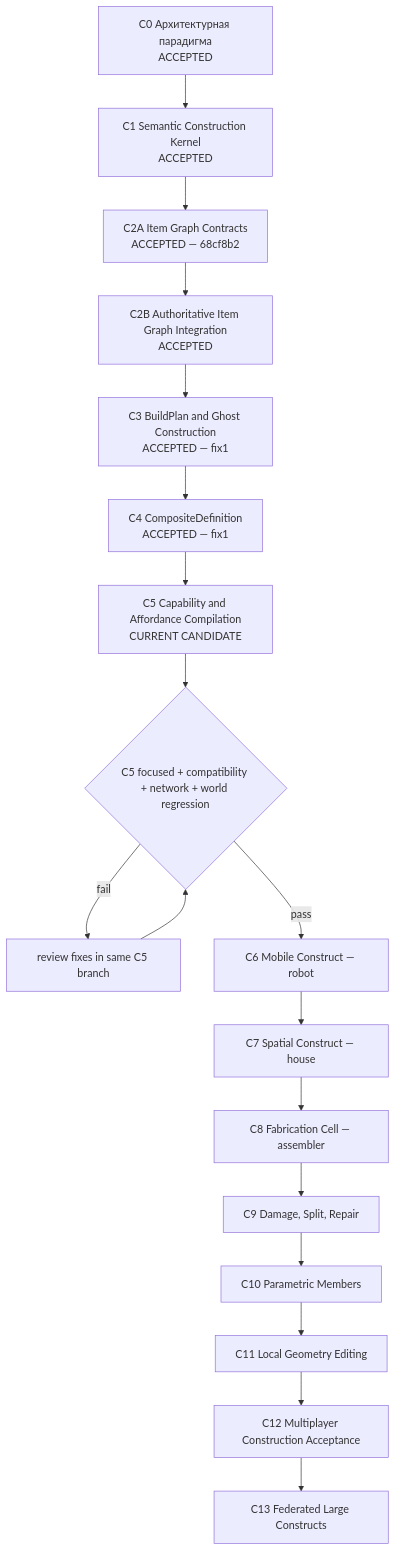
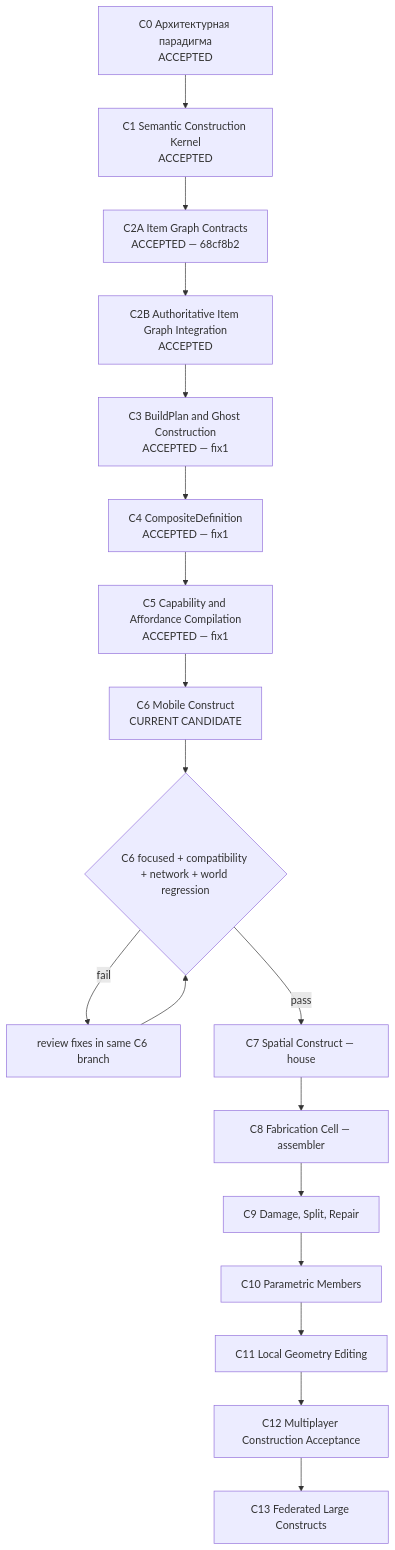
Before and after one commit to rootfabric/distributed-world-simulator: the diagram in docs/plans/CONSTRUCTION_MAP_RU.md, drawn with Mermaid. The commit also changed other lines of this file and 37 other files, not shown here.

Commit message:
feat(construction): add mobile construct subsystem compilation

````diff
--- a/docs/plans/CONSTRUCTION_MAP_RU.md
+++ b/docs/plans/CONSTRUCTION_MAP_RU.md
@@ -23,20 +24,20 @@
 ```mermaid
 flowchart TD
     C0["C0 Архитектурная парадигма\nACCEPTED"] --> C1["C1 Semantic Construction Kernel\nACCEPTED"]
     C1 --> C2A["C2A Item Graph Contracts\nACCEPTED — 68cf8b2"]
     C2A --> C2B["C2B Authoritative Item Graph Integration\nACCEPTED"]
     C2B --> C3["C3 BuildPlan and Ghost Construction\nACCEPTED — fix1"]
     C3 --> C4["C4 CompositeDefinition\nACCEPTED — fix1"]
-    C4 --> C5["C5 Capability and Affordance Compilation\nCURRENT CANDIDATE"]
-    C5 --> G5{"C5 focused + compatibility + network + world regression"}
-    G5 -- fail --> F5["review fixes in same C5 branch"]
-    F5 --> G5
-    G5 -- pass --> C6["C6 Mobile Construct — robot"]
-    C6 --> C7["C7 Spatial Construct — house"]
+    C4 --> C5["C5 Capability and Affordance Compilation\nACCEPTED — fix1"]
+    C5 --> C6["C6 Mobile Construct\nCURRENT CANDIDATE"]
+    C6 --> G6{"C6 focused + compatibility + network + world regression"}
+    G6 -- fail --> F6["review fixes in same C6 branch"]
+    F6 --> G6
+    G6 -- pass --> C7["C7 Spatial Construct — house"]
     C7 --> C8["C8 Fabrication Cell — assembler"]
     C8 --> C9["C9 Damage, Split, Repair"]
     C9 --> C10["C10 Parametric Members"]
     C10 --> C11["C11 Local Geometry Editing"]
     C11 --> C12["C12 Multiplayer Construction Acceptance"]
     C12 --> C13["C13 Federated Large Constructs"]
 ```
````
